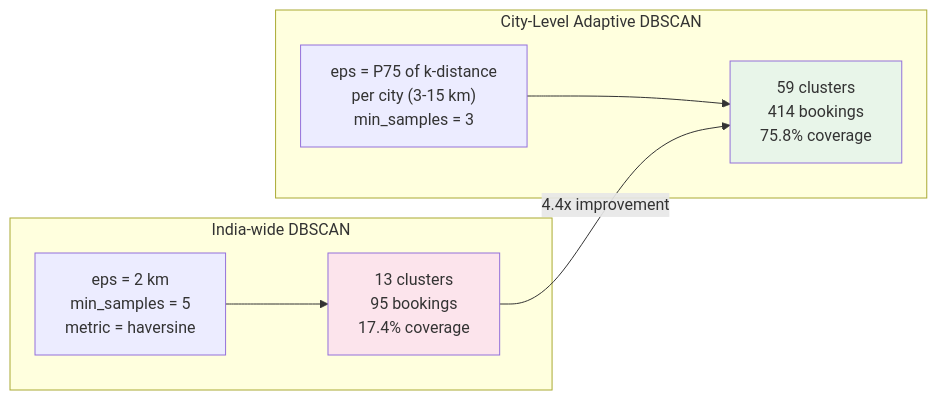
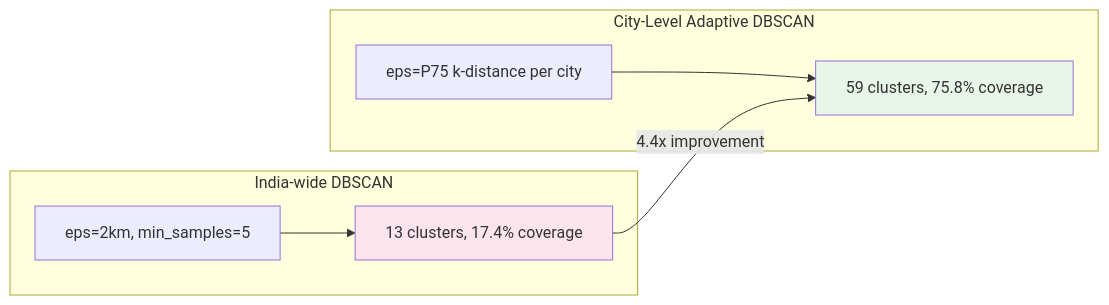
The third of 5 diagrams in README.md (Raakshass/oox-outskirt-geoblocking-analysis), drawn with Mermaid before and after one commit. The commit also changed other lines of this file and 7 other files, not shown here.

````diff
--- a/README.md
+++ b/README.md
@@ -253,17 +114,17 @@
 ```mermaid
 flowchart LR
     subgraph India["India-wide DBSCAN"]
-        I1["eps = 2 km<br/>min_samples = 5<br/>metric = haversine"]
-        I1 --> I2["13 clusters<br/>95 bookings<br/>17.4% coverage"]
+        I1["eps=2km, min_samples=5"]
+        I1 --> I2["13 clusters, 17.4% coverage"]
     end
 
     subgraph City["City-Level Adaptive DBSCAN"]
-        C1["eps = P75 of k-distance<br/>per city (3-15 km)<br/>min_samples = 3"]
-        C1 --> C2["59 clusters<br/>414 bookings<br/>75.8% coverage"]
+        C1["eps=P75 k-distance per city"]
+        C1 --> C2["59 clusters, 75.8% coverage"]
     end
 
     I2 -->|"4.4x improvement"| C2
 
     style I2 fill:#fce4ec
     style C2 fill:#e8f5e9
 ```
````
